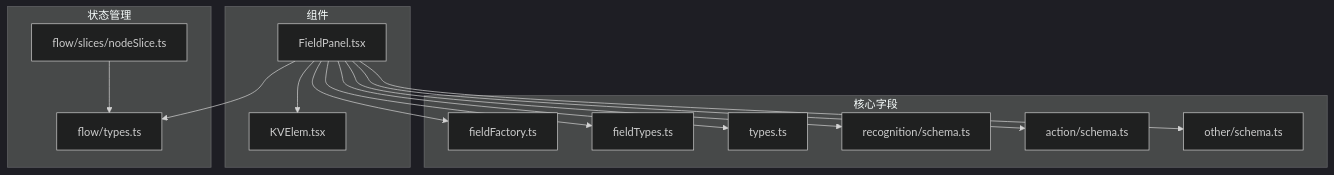
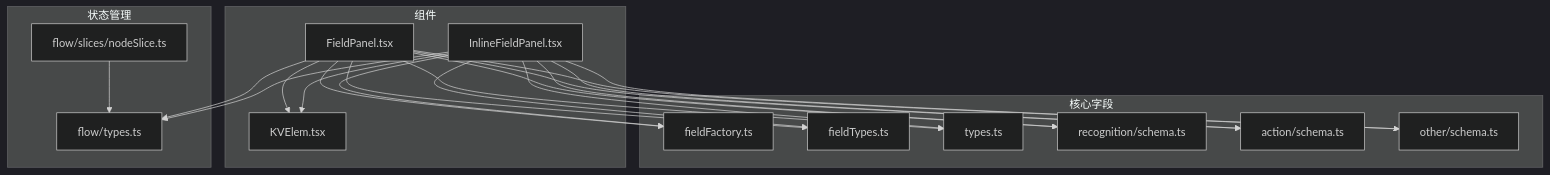
The first of 7 diagrams in .qoder/repowiki/zh/content/核心概念/字段面板.md (kqcoxn/MaaPipelineEditor), drawn with Mermaid (dark theme) before and after one commit. The commit also changed other lines of this file and 5 other files, not shown here.

````diff
--- a/.qoder/repowiki/zh/content/核心概念/字段面板.md
+++ b/.qoder/repowiki/zh/content/核心概念/字段面板.md
@@ -46,28 +52,37 @@
 ```mermaid
 graph TB
 subgraph "组件"
 FieldPanel[FieldPanel.tsx]
+InlineFieldPanel[InlineFieldPanel.tsx]
 KVElem[KVElem.tsx]
 end
 subgraph "核心字段"
 Fields[fieldFactory.ts]
 Types[fieldTypes.ts]
 TypesDef[types.ts]
 Recognition[recognition/schema.ts]
 Action[action/schema.ts]
 Other[other/schema.ts]
 end
 subgraph "状态管理"
 Store[flow/types.ts]
 NodeSlice[flow/slices/nodeSlice.ts]
 end
 FieldPanel --> Fields
 FieldPanel --> Types
 FieldPanel --> TypesDef
 FieldPanel --> Recognition
 FieldPanel --> Action
 FieldPanel --> Other
 FieldPanel --> Store
 FieldPanel --> KVElem
+InlineFieldPanel --> Fields
+InlineFieldPanel --> Types
+InlineFieldPanel --> TypesDef
+InlineFieldPanel --> Recognition
+InlineFieldPanel --> Action
+InlineFieldPanel --> Other
+InlineFieldPanel --> Store
+InlineFieldPanel --> KVElem
 NodeSlice --> Store
 ```
````
